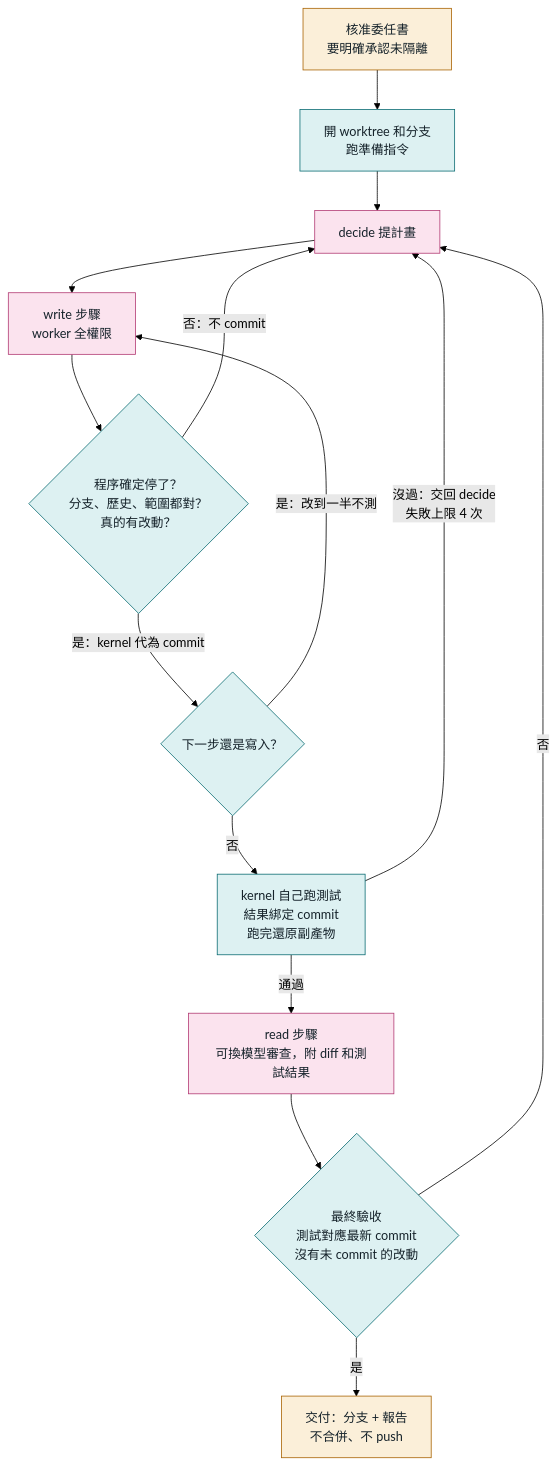
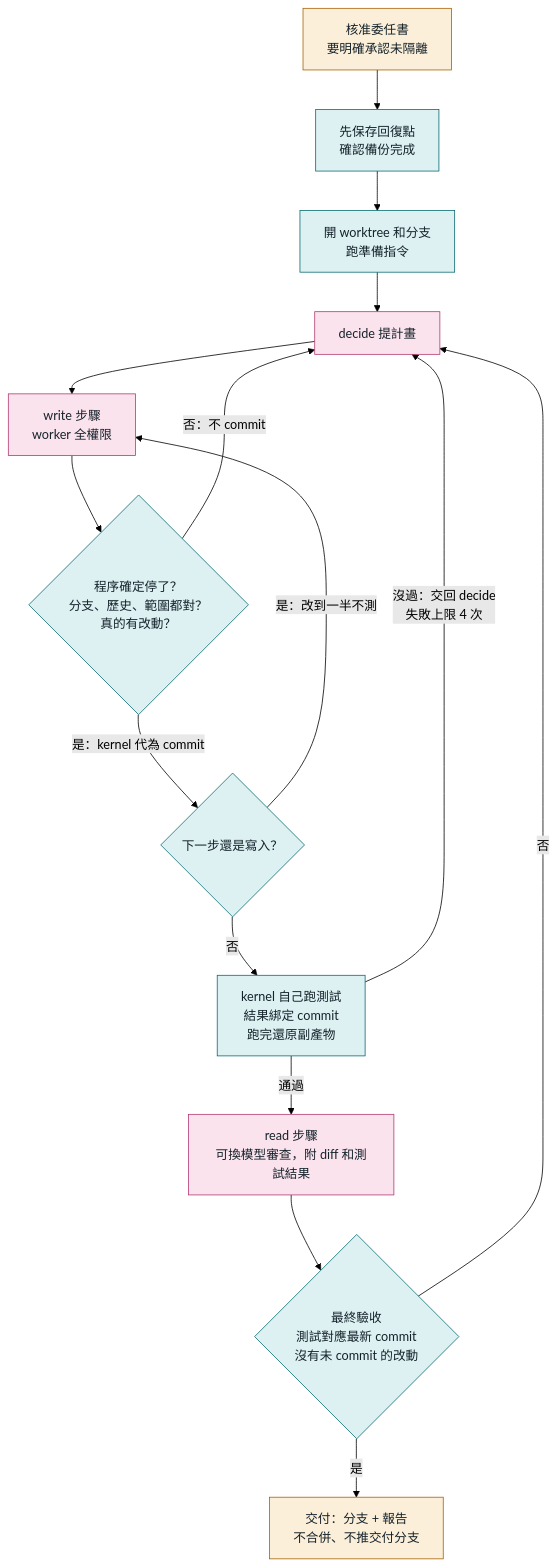
One commit to moerasermax/tkflyc-ai-cli changed diagram 12 of 13 in docs/ai-cli_kernel/技術手冊.md. Above: the diagram before and after it, drawn with Mermaid (forest theme). The commit also changed other lines of this file and 13 other files, not shown here.

````diff
--- a/docs/ai-cli_kernel/技術手冊.md
+++ b/docs/ai-cli_kernel/技術手冊.md
@@ -455,19 +480,20 @@
 ```mermaid
 flowchart TB
-  A["核准委任書<br/>要明確承認未隔離"]:::human --> B["開 worktree 和分支<br/>跑準備指令"]:::code
+  A["核准委任書<br/>要明確承認未隔離"]:::human --> CP["先保存回復點<br/>確認備份完成"]:::code
+  CP --> B["開 worktree 和分支<br/>跑準備指令"]:::code
   B --> C["decide 提計畫"]:::model
   C --> D["write 步驟<br/>worker 全權限"]:::model
   D --> E{"程序確定停了？<br/>分支、歷史、範圍都對？<br/>真的有改動？"}:::code
   E -->|"否：不 commit"| C
   E -->|"是：kernel 代為 commit"| F{"下一步還是寫入？"}:::code
   F -->|"是：改到一半不測"| D
   F -->|"否"| G["kernel 自己跑測試<br/>結果綁定 commit<br/>跑完還原副產物"]:::code
   G -->|"沒過：交回 decide<br/>失敗上限 4 次"| C
   G -->|"通過"| H["read 步驟<br/>可換模型審查，附 diff 和測試結果"]:::model
   H --> I{"最終驗收<br/>測試對應最新 commit<br/>沒有未 commit 的改動"}:::code
   I -->|"否"| C
-  I -->|"是"| J["交付：分支 + 報告<br/>不合併、不 push"]:::human
+  I -->|"是"| J["交付：分支 + 報告<br/>不合併、不推交付分支"]:::human
   classDef human fill:#FBEFD9,stroke:#A86200,color:#15222A
   classDef model fill:#FBE3EE,stroke:#B23A73,color:#15222A
   classDef code fill:#DDF1F2,stroke:#0A6B72,color:#15222A
 ```
````
